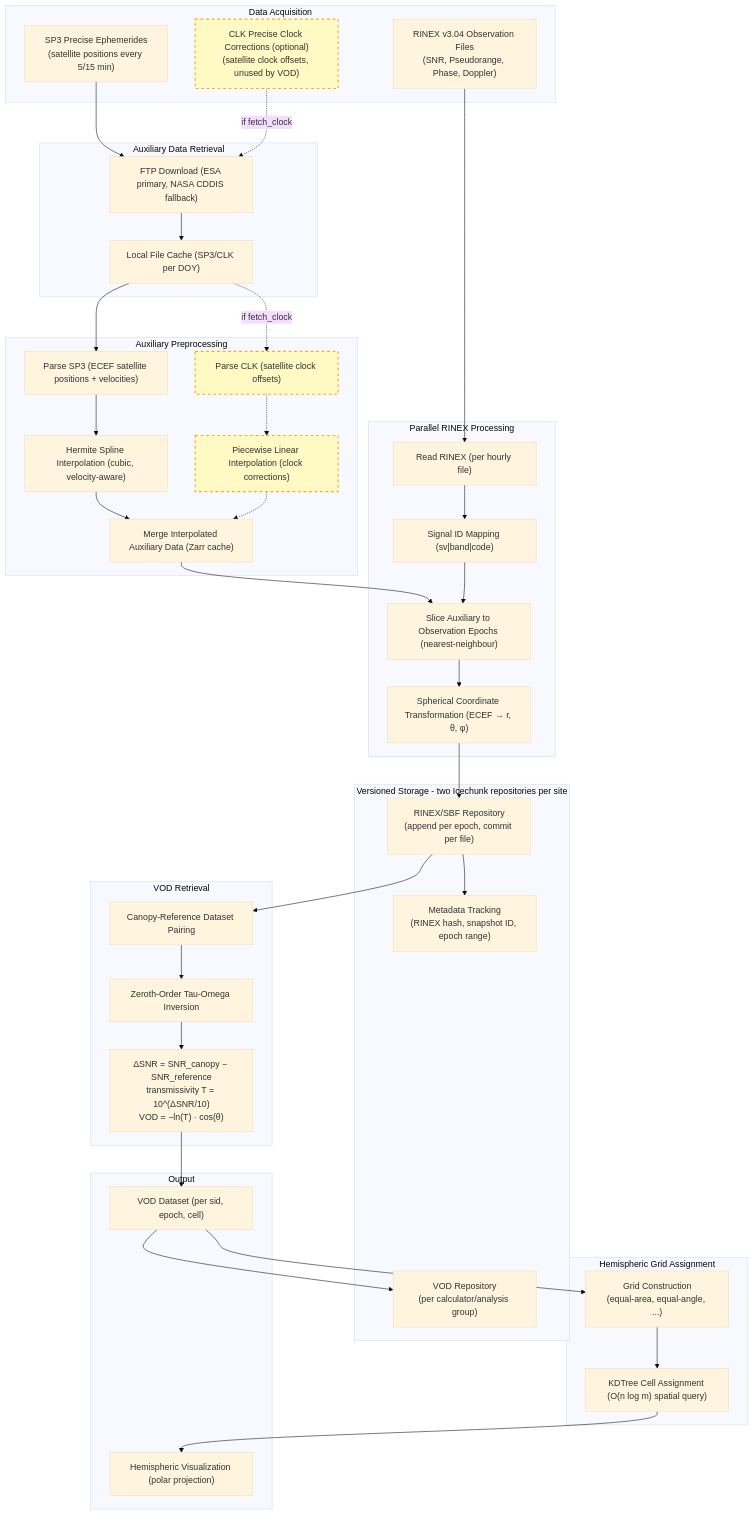
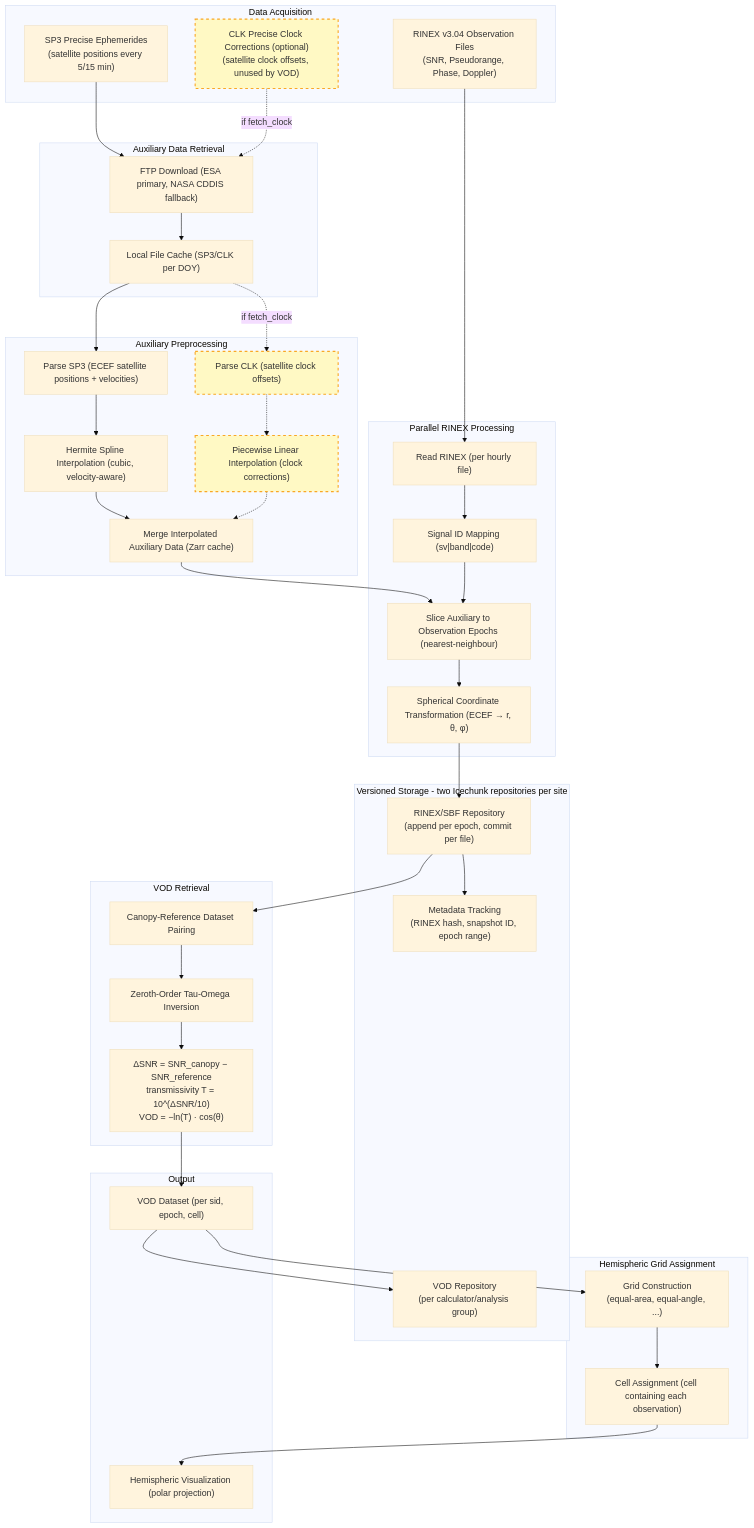
Before and after one commit to nfb2021/canvodpy: the diagram in docs/diagrams/05-gnss-t-methodology.mmd, drawn with Mermaid (base theme). The commit also changed 16 other files, not shown here.

First line of the commit message:
fix(grids): assign each observation to the cell that contains it

```diff
--- a/docs/diagrams/05-gnss-t-methodology.mmd
+++ b/docs/diagrams/05-gnss-t-methodology.mmd
@@ -1,79 +1,79 @@
 flowchart TD
     subgraph INPUT[Data Acquisition]
         RINEX["RINEX v3.04 Observation Files<br/>(SNR, Pseudorange, Phase, Doppler)"]
         SP3["SP3 Precise Ephemerides<br/>(satellite positions every 5/15 min)"]
         CLK["CLK Precise Clock Corrections (optional)<br/>(satellite clock offsets, unused by VOD)"]
     end
 
     subgraph DOWNLOAD[Auxiliary Data Retrieval]
         FTP["FTP Download (ESA primary, NASA CDDIS fallback)"]
         CACHE["Local File Cache (SP3/CLK per DOY)"]
     end
 
     subgraph PREPROCESS_R[Auxiliary Preprocessing]
         PARSE_SP3["Parse SP3 (ECEF satellite positions + velocities)"]
         PARSE_CLK["Parse CLK (satellite clock offsets)"]
         HERMITE["Hermite Spline Interpolation (cubic, velocity-aware)"]
         LINEAR["Piecewise Linear Interpolation (clock corrections)"]
         MERGE_AUX["Merge Interpolated Auxiliary Data (Zarr cache)"]
     end
 
     subgraph PARALLEL[Parallel RINEX Processing]
         READ["Read RINEX (per hourly file)"]
         SID["Signal ID Mapping (sv|band|code)"]
         SLICE["Slice Auxiliary to Observation Epochs (nearest-neighbour)"]
         SCS["Spherical Coordinate Transformation (ECEF → r, θ, φ)"]
     end
 
     subgraph STORAGE[Versioned Storage - two Icechunk repositories per site]
         ICECHUNK["RINEX/SBF Repository<br/>(append per epoch, commit per file)"]
         META_TRACK["Metadata Tracking<br/>(RINEX hash, snapshot ID, epoch range)"]
         VOD_REPO["VOD Repository<br/>(per calculator/analysis group)"]
     end
 
     subgraph VOD[VOD Retrieval]
         PAIR["Canopy-Reference Dataset Pairing"]
         TAU["Zeroth-Order Tau-Omega Inversion"]
         FORMULA["ΔSNR = SNR_canopy − SNR_reference<br/>transmissivity T = 10^(ΔSNR/10)<br/>VOD = −ln(T) · cos(θ)"]
     end
 
     subgraph GRIDDING[Hemispheric Grid Assignment]
         GRID["Grid Construction<br/>(equal-area, equal-angle, ...)"]
-        KDTREE["KDTree Cell Assignment (O(n log m) spatial query)"]
+        KDTREE["Cell Assignment (cell containing each observation)"]
     end
 
     subgraph OUTPUT[Output]
         VOD_DS["VOD Dataset (per sid, epoch, cell)"]
         VIZ["Hemispheric Visualization (polar projection)"]
     end
 
     SP3 --> FTP
     CLK -.->|"if fetch_clock"| FTP
     FTP --> CACHE
     CACHE --> PARSE_SP3
     CACHE -.->|"if fetch_clock"| PARSE_CLK
     PARSE_SP3 --> HERMITE
     PARSE_CLK -.-> LINEAR
     HERMITE --> MERGE_AUX
     LINEAR -.-> MERGE_AUX
 
     style CLK fill:#fff9c4,stroke:#f9a825,stroke-width:2px,stroke-dasharray: 5 5
     style PARSE_CLK fill:#fff9c4,stroke:#f9a825,stroke-width:2px,stroke-dasharray: 5 5
     style LINEAR fill:#fff9c4,stroke:#f9a825,stroke-width:2px,stroke-dasharray: 5 5
 
     RINEX --> READ
     READ --> SID
     MERGE_AUX --> SLICE
     SID --> SLICE
     SLICE --> SCS
     SCS --> ICECHUNK
     ICECHUNK --> META_TRACK
 
     ICECHUNK --> PAIR
     PAIR --> TAU
     TAU --> FORMULA
     FORMULA --> VOD_DS
     VOD_DS --> VOD_REPO
     VOD_DS --> GRID
     GRID --> KDTREE
     KDTREE --> VIZ
```
